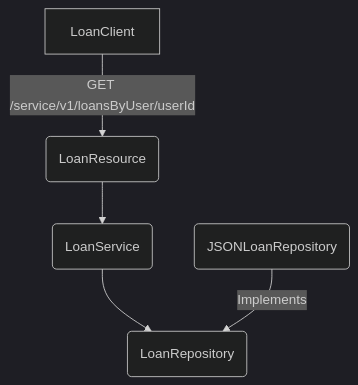
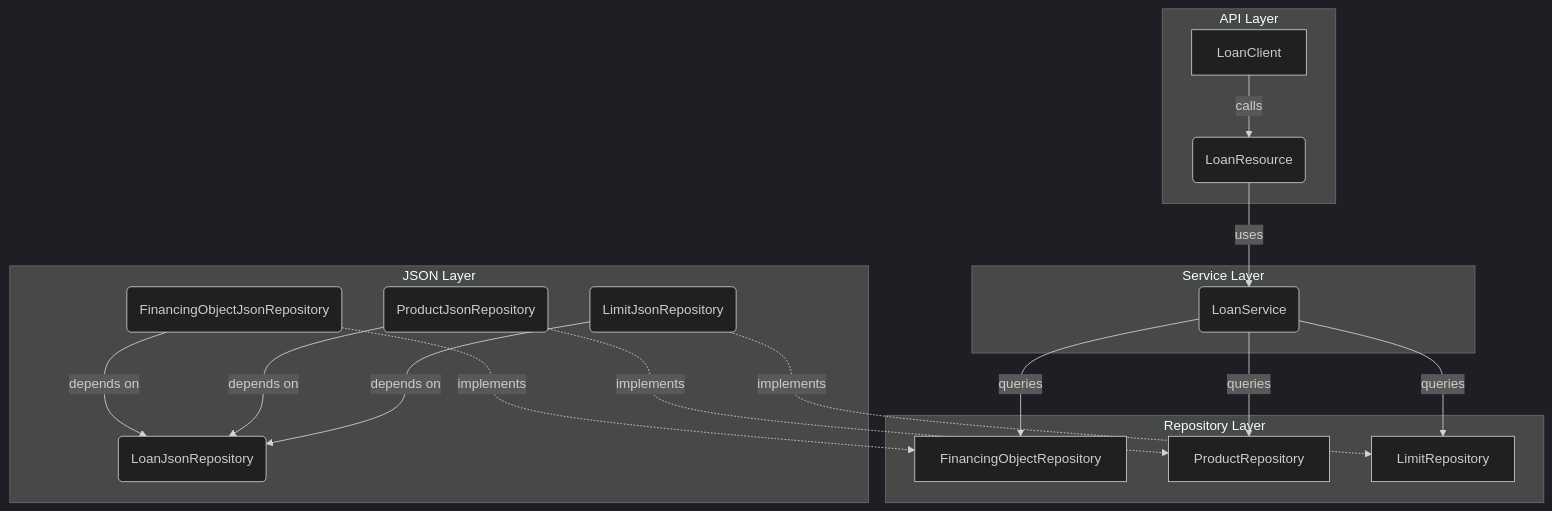
Before and after one commit to edizeqiri/oepfelbaum: the diagram in docs/loan.mermaid, drawn with Mermaid (dark theme). The commit also changed 1 other file, not shown here.

Commit message:
chore(): added architecture

```diff
--- a/docs/loan.mermaid
+++ b/docs/loan.mermaid
@@ -1,5 +1,37 @@
 flowchart TD
-    A[LoanClient] -->|GET /service/v1/loansByUser/userId| B(LoanResource)
-    B --> C(LoanService)
-    C --> D(LoanRepository)
-    E(JSONLoanRepository) -->|Implements| D
+    subgraph API["API Layer"]
+        A[LoanClient]
+        B(LoanResource)
+    end
+
+    subgraph Service["Service Layer"]
+        C(LoanService)
+    end
+
+    subgraph Repository["Repository Layer"]
+        D[FinancingObjectRepository]
+        E[ProductRepository]
+        F[LimitRepository]
+    end
+
+    subgraph JSON["JSON Layer"]
+        G(FinancingObjectJsonRepository)
+        I(ProductJsonRepository)
+        H(LimitJsonRepository)
+        J(LoanJsonRepository)
+    end
+
+    A -->|calls| B
+    B -->|uses| C
+
+    C -->|queries| D
+    C -->|queries| E
+    C -->|queries| F
+
+    G -.->|implements| D
+    I -.->|implements| E
+    H -.->|implements| F
+
+    G -->|depends on| J
+    I -->|depends on| J
+    H -->|depends on| J
```
